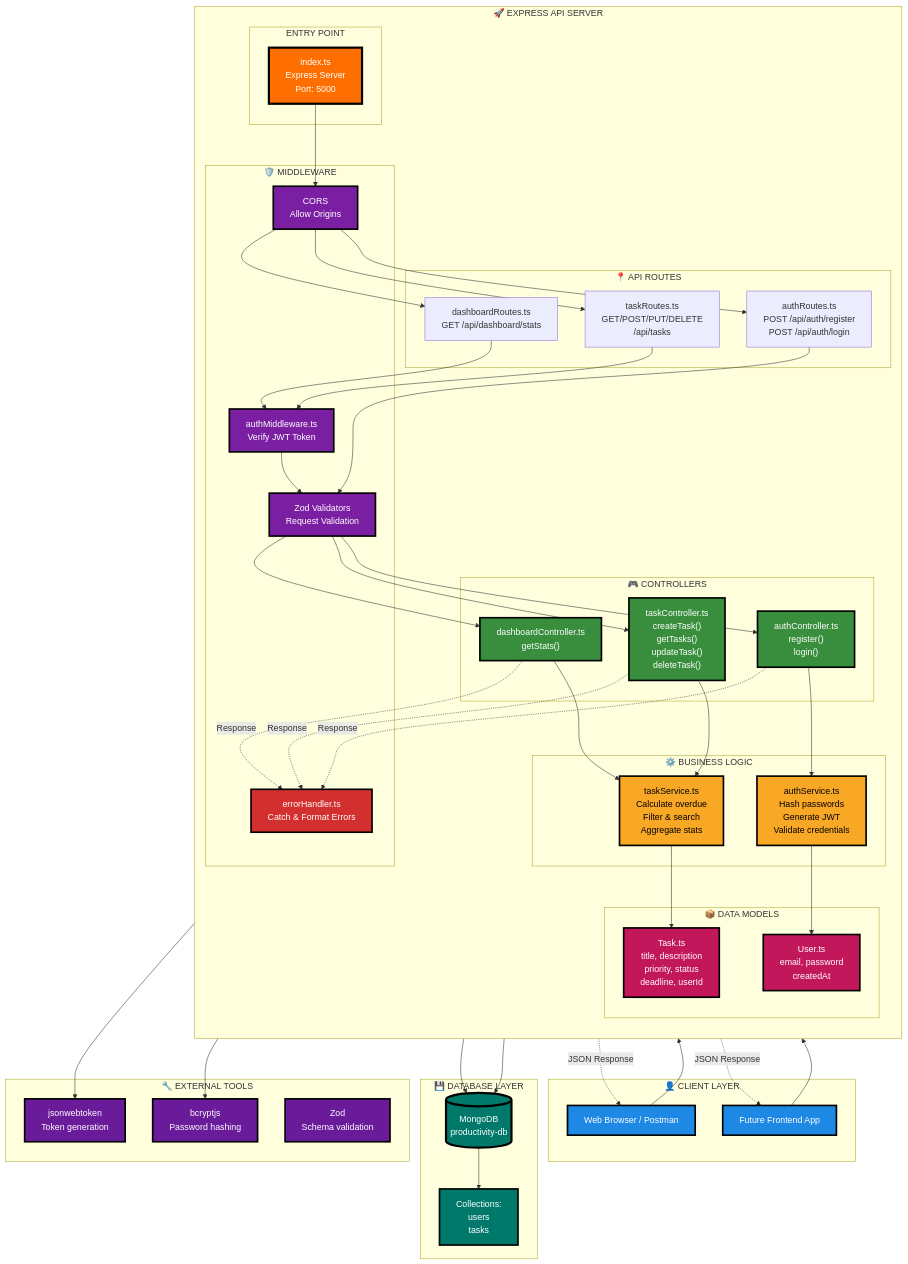
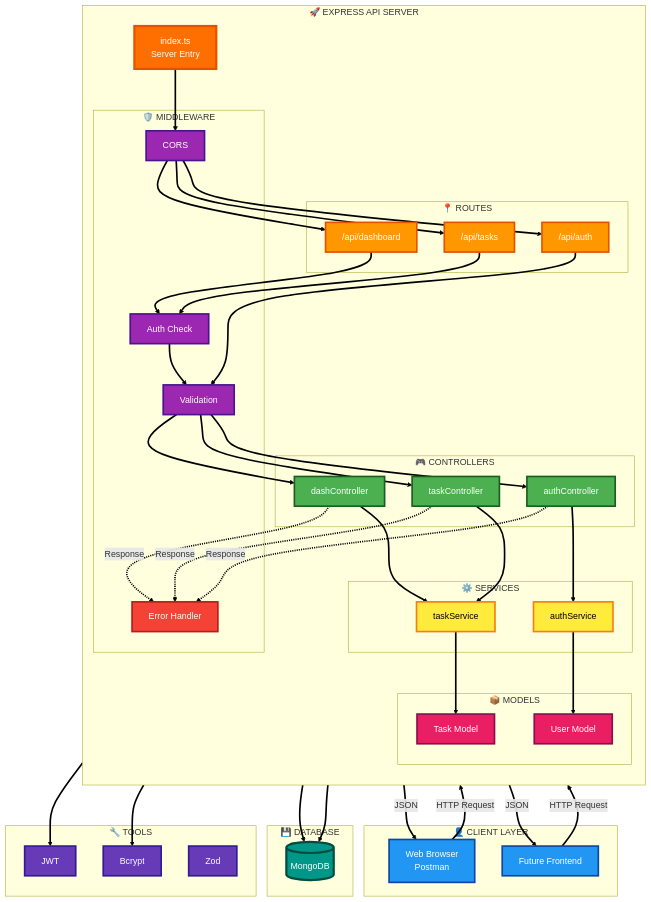
The diagram in README.md (SajagIN/productivity-api), drawn with Mermaid before and after one commit.

Commit message:
graph prettification

````diff
--- a/README.md
+++ b/README.md
@@ -1,112 +1,112 @@
 ```mermaid
 graph TB
     subgraph Client["👤 CLIENT LAYER"]
-        Browser["Web Browser / Postman"]
-        Frontend["Future Frontend App"]
+        Browser["Web Browser<br/>Postman"]
+        Frontend["Future Frontend"]
     end
 
     subgraph API["🚀 EXPRESS API SERVER"]
         direction TB
         
-        subgraph Entry["ENTRY POINT"]
-            Server["index.ts<br/>Express Server<br/>Port: 5000"]
+        Server["index.ts<br/>Server Entry"]
+        
+        subgraph Routes["📍 ROUTES"]
+            AuthR["/api/auth"]
+            TaskR["/api/tasks"]
+            DashR["/api/dashboard"]
         end
         
-        subgraph Routing["📍 API ROUTES"]
-            AuthRoutes["authRoutes.ts<br/>POST /api/auth/register<br/>POST /api/auth/login"]
-            TaskRoutes["taskRoutes.ts<br/>GET/POST/PUT/DELETE<br/>/api/tasks"]
-            DashboardRoutes["dashboardRoutes.ts<br/>GET /api/dashboard/stats"]
+        subgraph Middle["🛡️ MIDDLEWARE"]
+            CORS["CORS"]
+            Auth["Auth Check"]
+            Valid["Validation"]
+            Error["Error Handler"]
         end
         
-        subgraph MW["🛡️ MIDDLEWARE"]
-            CORS["CORS<br/>Allow Origins"]
-            Auth["authMiddleware.ts<br/>Verify JWT Token"]
-            Validator["Zod Validators<br/>Request Validation"]
-            ErrorHandler["errorHandler.ts<br/>Catch & Format Errors"]
+        subgraph Control["🎮 CONTROLLERS"]
+            AuthC["authController"]
+            TaskC["taskController"]
+            DashC["dashController"]
         end
         
-        subgraph Controllers["🎮 CONTROLLERS"]
-            AuthCtrl["authController.ts<br/>register()<br/>login()"]
-            TaskCtrl["taskController.ts<br/>createTask()<br/>getTasks()<br/>updateTask()<br/>deleteTask()"]
-            DashCtrl["dashboardController.ts<br/>getStats()"]
+        subgraph Serv["⚙️ SERVICES"]
+            AuthS["authService"]
+            TaskS["taskService"]
         end
         
-        subgraph Services["⚙️ BUSINESS LOGIC"]
-            AuthService["authService.ts<br/>Hash passwords<br/>Generate JWT<br/>Validate credentials"]
-            TaskService["taskService.ts<br/>Calculate overdue<br/>Filter & search<br/>Aggregate stats"]
-        end
-        
-        subgraph Models["📦 DATA MODELS"]
-            UserModel["User.ts<br/>email, password<br/>createdAt"]
-            TaskModel["Task.ts<br/>title, description<br/>priority, status<br/>deadline, userId"]
+        subgraph Mod["📦 MODELS"]
+            UserM["User Model"]
+            TaskM["Task Model"]
         end
     end
 
-    subgraph Database["💾 DATABASE LAYER"]
-        MongoDB[(MongoDB<br/>productivity-db)]
-        Collections["Collections:<br/>users<br/>tasks"]
+    subgraph DB["💾 DATABASE"]
+        Mongo[("MongoDB")]
     end
 
-    subgraph External["🔧 EXTERNAL TOOLS"]
-        JWT["jsonwebtoken<br/>Token generation"]
-        Bcrypt["bcryptjs<br/>Password hashing"]
-        Zod["Zod<br/>Schema validation"]
+    subgraph Tools["🔧 TOOLS"]
+        JWT["JWT"]
+        Bcrypt["Bcrypt"]
+        Zod["Zod"]
     end
 
-    Browser --> Server
-    Frontend --> Server
+    Browser ==>|HTTP Request| Server
+    Frontend ==>|HTTP Request| Server
     
-    Server --> CORS
-    CORS --> AuthRoutes
-    CORS --> TaskRoutes
-    CORS --> DashboardRoutes
+    Server ==> CORS
+    CORS ==> AuthR
+    CORS ==> TaskR
+    CORS ==> DashR
     
-    AuthRoutes --> Validator
-    TaskRoutes --> Auth
-    DashboardRoutes --> Auth
+    AuthR ==> Valid
+    TaskR ==> Auth
+    DashR ==> Auth
     
-    Auth --> Validator
-    Validator --> AuthCtrl
-    Validator --> TaskCtrl
-    Validator --> DashCtrl
+    Auth ==> Valid
+    Valid ==> AuthC
+    Valid ==> TaskC
+    Valid ==> DashC
     
-    AuthCtrl --> AuthService
-    TaskCtrl --> TaskService
-    DashCtrl --> TaskService
+    AuthC ==> AuthS
+    TaskC ==> TaskS
+    DashC ==> TaskS
     
-    AuthService --> JWT
-    AuthService --> Bcrypt
-    AuthService --> UserModel
-    TaskService --> TaskModel
+    AuthS --> JWT
+    AuthS --> Bcrypt
+    AuthS ==> UserM
+    TaskS ==> TaskM
     
-    UserModel --> MongoDB
-    TaskModel --> MongoDB
-    MongoDB --> Collections
+    UserM ==> Mongo
+    TaskM ==> Mongo
     
-    TaskCtrl -.Response.-> ErrorHandler
-    AuthCtrl -.Response.-> ErrorHandler
-    DashCtrl -.Response.-> ErrorHandler
+    TaskC -.->|Response| Error
+    AuthC -.->|Response| Error
+    DashC -.->|Response| Error
     
-    ErrorHandler -.JSON Response.-> Browser
-    ErrorHandler -.JSON Response.-> Frontend
+    Error ==>|JSON| Browser
+    Error ==>|JSON| Frontend
 
-    style Browser fill:#1e88e5,stroke:#000,stroke-width:3px,color:#fff
-    style Frontend fill:#1e88e5,stroke:#000,stroke-width:3px,color:#fff
-    style Server fill:#ff6f00,stroke:#000,stroke-width:4px,color:#fff
-    style CORS fill:#7b1fa2,stroke:#000,stroke-width:3px,color:#fff
-    style Auth fill:#7b1fa2,stroke:#000,stroke-width:3px,color:#fff
-    style Validator fill:#7b1fa2,stroke:#000,stroke-width:3px,color:#fff
-    style ErrorHandler fill:#d32f2f,stroke:#000,stroke-width:3px,color:#fff
-    style AuthCtrl fill:#388e3c,stroke:#000,stroke-width:3px,color:#fff
-    style TaskCtrl fill:#388e3c,stroke:#000,stroke-width:3px,color:#fff
-    style DashCtrl fill:#388e3c,stroke:#000,stroke-width:3px,color:#fff
-    style AuthService fill:#f9a825,stroke:#000,stroke-width:3px,color:#000
-    style TaskService fill:#f9a825,stroke:#000,stroke-width:3px,color:#000
-    style UserModel fill:#c2185b,stroke:#000,stroke-width:3px,color:#fff
-    style TaskModel fill:#c2185b,stroke:#000,stroke-width:3px,color:#fff
-    style MongoDB fill:#00796b,stroke:#000,stroke-width:4px,color:#fff
-    style Collections fill:#00796b,stroke:#000,stroke-width:3px,color:#fff
-    style JWT fill:#6a1b9a,stroke:#000,stroke-width:3px,color:#fff
-    style Bcrypt fill:#6a1b9a,stroke:#000,stroke-width:3px,color:#fff
-    style Zod fill:#6a1b9a,stroke:#000,stroke-width:3px,color:#fff
+    linkStyle default stroke:#000,stroke-width:3px
+
+    style Browser fill:#2196f3,stroke:#0d47a1,stroke-width:3px,color:#fff
+    style Frontend fill:#2196f3,stroke:#0d47a1,stroke-width:3px,color:#fff
+    style Server fill:#ff6f00,stroke:#e65100,stroke-width:4px,color:#fff
+    style CORS fill:#9c27b0,stroke:#4a148c,stroke-width:3px,color:#fff
+    style Auth fill:#9c27b0,stroke:#4a148c,stroke-width:3px,color:#fff
+    style Valid fill:#9c27b0,stroke:#4a148c,stroke-width:3px,color:#fff
+    style Error fill:#f44336,stroke:#b71c1c,stroke-width:3px,color:#fff
+    style AuthC fill:#4caf50,stroke:#1b5e20,stroke-width:3px,color:#fff
+    style TaskC fill:#4caf50,stroke:#1b5e20,stroke-width:3px,color:#fff
+    style DashC fill:#4caf50,stroke:#1b5e20,stroke-width:3px,color:#fff
+    style AuthS fill:#ffeb3b,stroke:#f57f17,stroke-width:3px,color:#000
+    style TaskS fill:#ffeb3b,stroke:#f57f17,stroke-width:3px,color:#000
+    style UserM fill:#e91e63,stroke:#880e4f,stroke-width:3px,color:#fff
+    style TaskM fill:#e91e63,stroke:#880e4f,stroke-width:3px,color:#fff
+    style Mongo fill:#009688,stroke:#004d40,stroke-width:4px,color:#fff
+    style JWT fill:#673ab7,stroke:#311b92,stroke-width:3px,color:#fff
+    style Bcrypt fill:#673ab7,stroke:#311b92,stroke-width:3px,color:#fff
+    style Zod fill:#673ab7,stroke:#311b92,stroke-width:3px,color:#fff
+    style AuthR fill:#ff9800,stroke:#e65100,stroke-width:3px,color:#fff
+    style TaskR fill:#ff9800,stroke:#e65100,stroke-width:3px,color:#fff
+    style DashR fill:#ff9800,stroke:#e65100,stroke-width:3px,color:#fff
 ```
````
